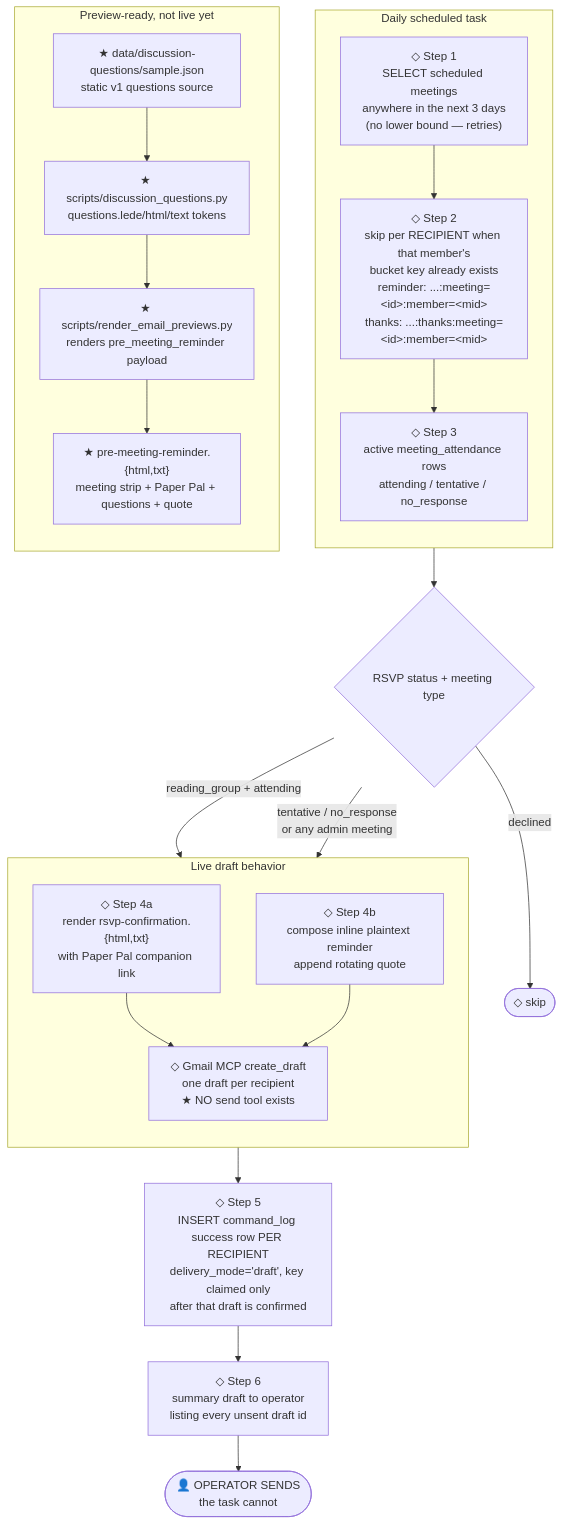
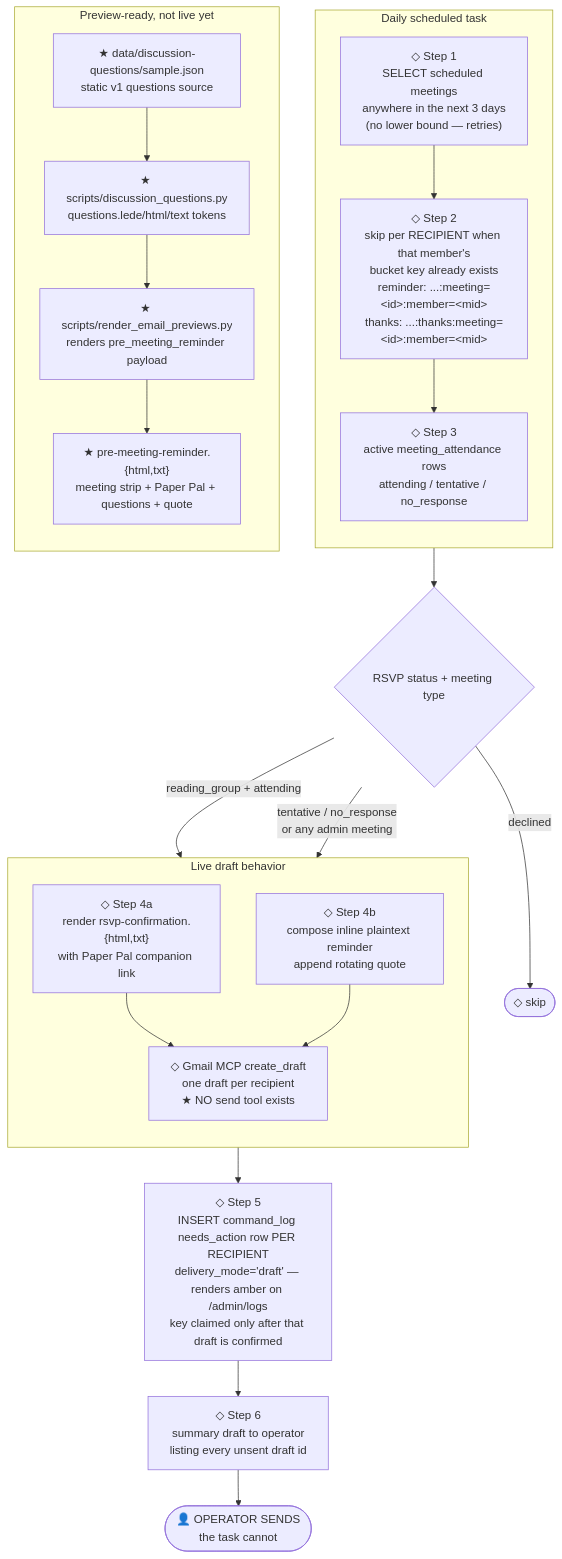
One commit to mrojas54/wids-nyc-reading-group-assistant changed the diagram in docs/pre-meeting-reminder-flow.md. Above: the diagram before and after it, drawn with Mermaid. The commit also changed other lines of this file and 9 other files, not shown here.

First line of the commit message:
feat(command_log): add needs_action status, mapped to warn on /admin/logs

````diff
--- a/docs/pre-meeting-reminder-flow.md
+++ b/docs/pre-meeting-reminder-flow.md
@@ -13,38 +13,38 @@
 ```mermaid
 flowchart TD
   subgraph S0["Daily scheduled task"]
     direction TB
     find["◇ Step 1<br/>SELECT scheduled meetings<br/>anywhere in the next 3 days<br/>(no lower bound — retries)"]
     idem["◇ Step 2<br/>skip per RECIPIENT when that member's<br/>bucket key already exists<br/>reminder: ...:meeting=&lt;id&gt;:member=&lt;mid&gt;<br/>thanks: ...:thanks:meeting=&lt;id&gt;:member=&lt;mid&gt;"]
     recipients["◇ Step 3<br/>active meeting_attendance rows<br/>attending / tentative / no_response"]
     find --> idem --> recipients
   end
 
   recipients --> bucket{RSVP status + meeting type}
 
   bucket -->|reading_group + attending| thanks
   bucket -->|tentative / no_response<br/>or any admin meeting| plain
   bucket -->|declined| skip([◇ skip])
 
   subgraph S1["Live draft behavior"]
     direction TB
     thanks["◇ Step 4a<br/>render rsvp-confirmation.{html,txt}<br/>with Paper Pal companion link"]
     plain["◇ Step 4b<br/>compose inline plaintext reminder<br/>append rotating quote"]
     gmail["◇ Gmail MCP create_draft<br/>one draft per recipient<br/>★ NO send tool exists"]
     thanks --> gmail
     plain --> gmail
   end
 
-  gmail --> log["◇ Step 5<br/>INSERT command_log success row PER RECIPIENT<br/>delivery_mode='draft', key claimed only<br/>after that draft is confirmed"]
+  gmail --> log["◇ Step 5<br/>INSERT command_log needs_action row PER RECIPIENT<br/>delivery_mode='draft' — renders amber on /admin/logs<br/>key claimed only after that draft is confirmed"]
   log --> handoff["◇ Step 6<br/>summary draft to operator<br/>listing every unsent draft id"]
   handoff --> human(["👤 OPERATOR SENDS<br/>the task cannot"])
 
   subgraph S2["Preview-ready, not live yet"]
     direction TB
     sample["★ data/discussion-questions/sample.json<br/>static v1 questions source"]
     compose["★ scripts/discussion_questions.py<br/>questions.lede/html/text tokens"]
     preview["★ scripts/render_email_previews.py<br/>renders pre_meeting_reminder payload"]
     template["★ pre-meeting-reminder.{html,txt}<br/>meeting strip + Paper Pal + questions + quote"]
     sample --> compose --> preview --> template
   end
 ```
````
